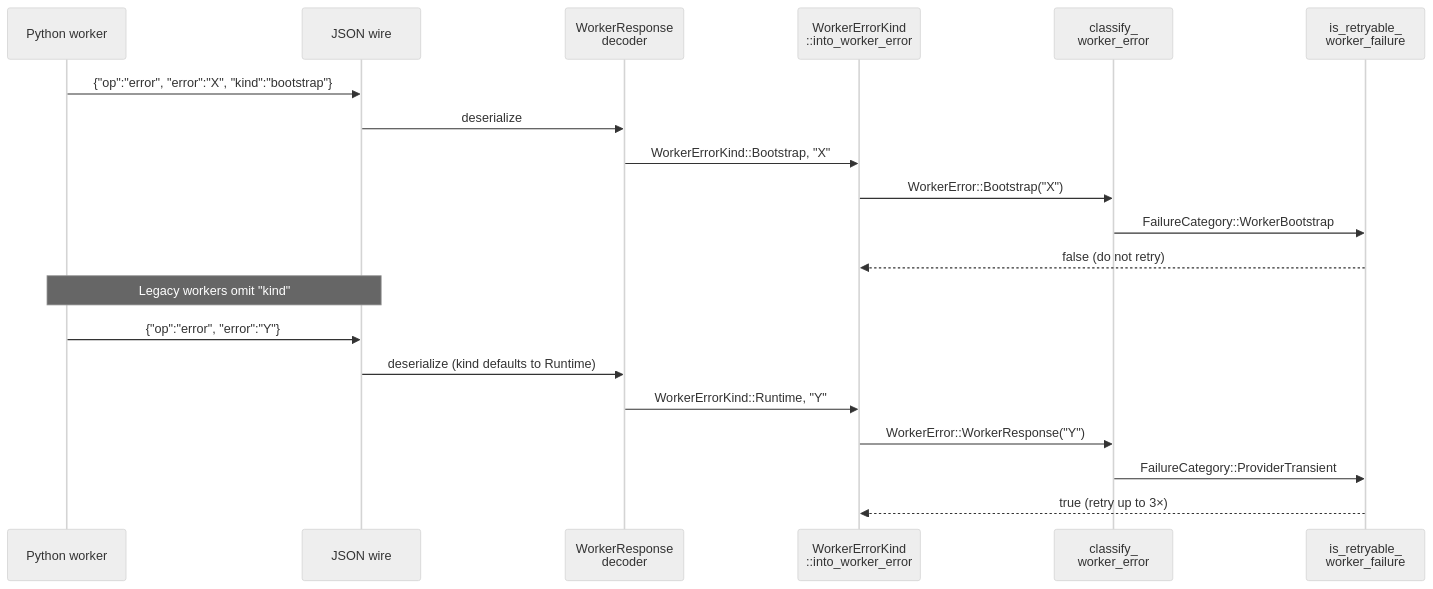
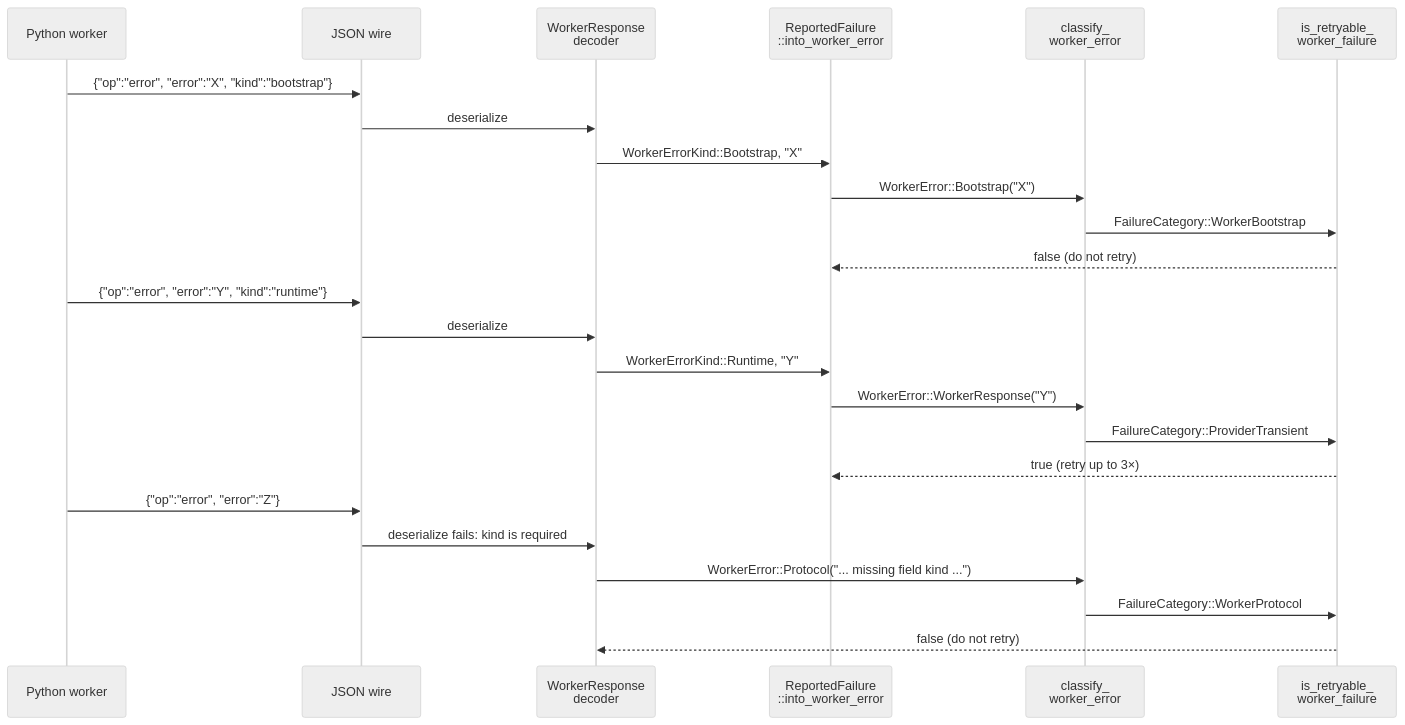
One commit to FranklinChen/talkbank-tools changed the second of 2 diagrams in book/src/batchalign/architecture/worker-failure-classification.md. Above: the diagram before and after it, drawn with Mermaid (neutral theme). The commit also changed other lines of this file and 470 other files, not shown here.

````diff
--- a/book/src/batchalign/architecture/worker-failure-classification.md
+++ b/book/src/batchalign/architecture/worker-failure-classification.md
@@ -374,24 +387,29 @@
 ```mermaid
 sequenceDiagram
     participant Py as Python worker
     participant Wire as JSON wire
     participant Decoder as WorkerResponse<br/>decoder
-    participant Mapper as WorkerErrorKind<br/>::into_worker_error
+    participant Mapper as ReportedFailure<br/>::into_worker_error
     participant Classifier as classify_<br/>worker_error
     participant Retry as is_retryable_<br/>worker_failure
 
     Py->>Wire: {"op":"error", "error":"X", "kind":"bootstrap"}
     Wire->>Decoder: deserialize
     Decoder->>Mapper: WorkerErrorKind::Bootstrap, "X"
     Mapper->>Classifier: WorkerError::Bootstrap("X")
     Classifier->>Retry: FailureCategory::WorkerBootstrap
     Retry-->>Mapper: false (do not retry)
 
-    Note over Py,Wire: Legacy workers omit "kind"
-    Py->>Wire: {"op":"error", "error":"Y"}
-    Wire->>Decoder: deserialize (kind defaults to Runtime)
+    Py->>Wire: {"op":"error", "error":"Y", "kind":"runtime"}
+    Wire->>Decoder: deserialize
     Decoder->>Mapper: WorkerErrorKind::Runtime, "Y"
     Mapper->>Classifier: WorkerError::WorkerResponse("Y")
     Classifier->>Retry: FailureCategory::ProviderTransient
     Retry-->>Mapper: true (retry up to 3×)
+
+    Py->>Wire: {"op":"error", "error":"Z"}
+    Wire->>Decoder: deserialize fails: kind is required
+    Decoder->>Classifier: WorkerError::Protocol("... missing field kind ...")
+    Classifier->>Retry: FailureCategory::WorkerProtocol
+    Retry-->>Decoder: false (do not retry)
 ```
````
